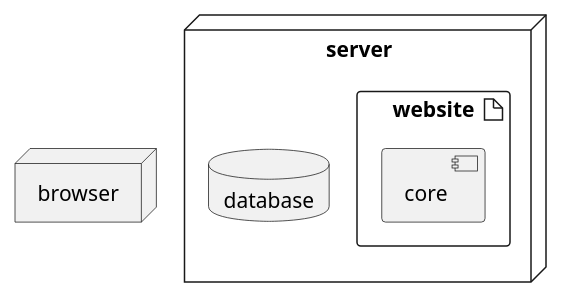
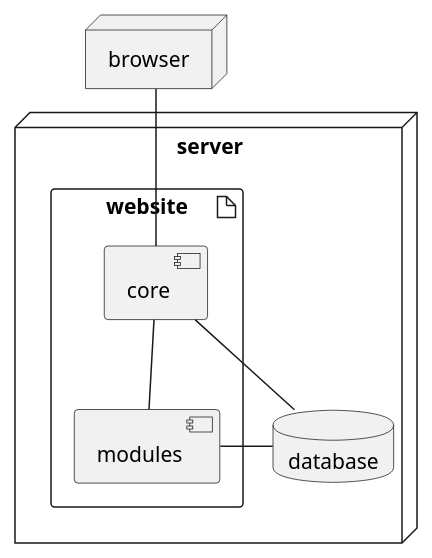
One commit to Jelmergu/ReddingsbrigadeDeventerDocs changed the diagram in Diagrams/SoftwareArchitectureDocument/Systeem_overview.puml. Above: the diagram before and after it, drawn with PlantUML.

Commit message:
Update System overview

```diff
--- a/Diagrams/SoftwareArchitectureDocument/Systeem_overview.puml
+++ b/Diagrams/SoftwareArchitectureDocument/Systeem_overview.puml
@@ -1,15 +1,19 @@
 @startuml
 
 node browser
 node server {
     artifact website {
         component core
+        component modules
 
     }
     database database
 }
 
-
+browser -- core
+core -- modules
+core -- database
+modules -l- database
 
 
 @enduml
```
